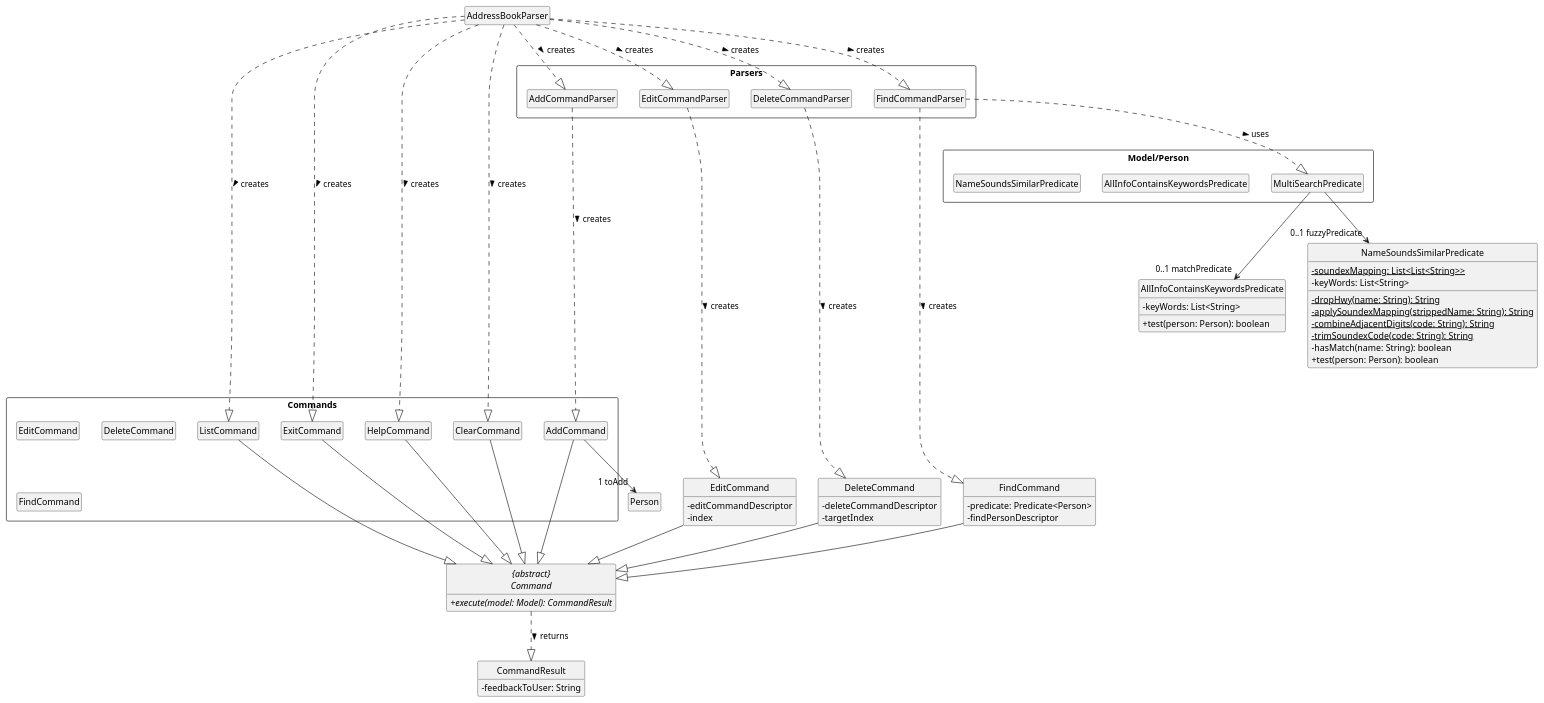
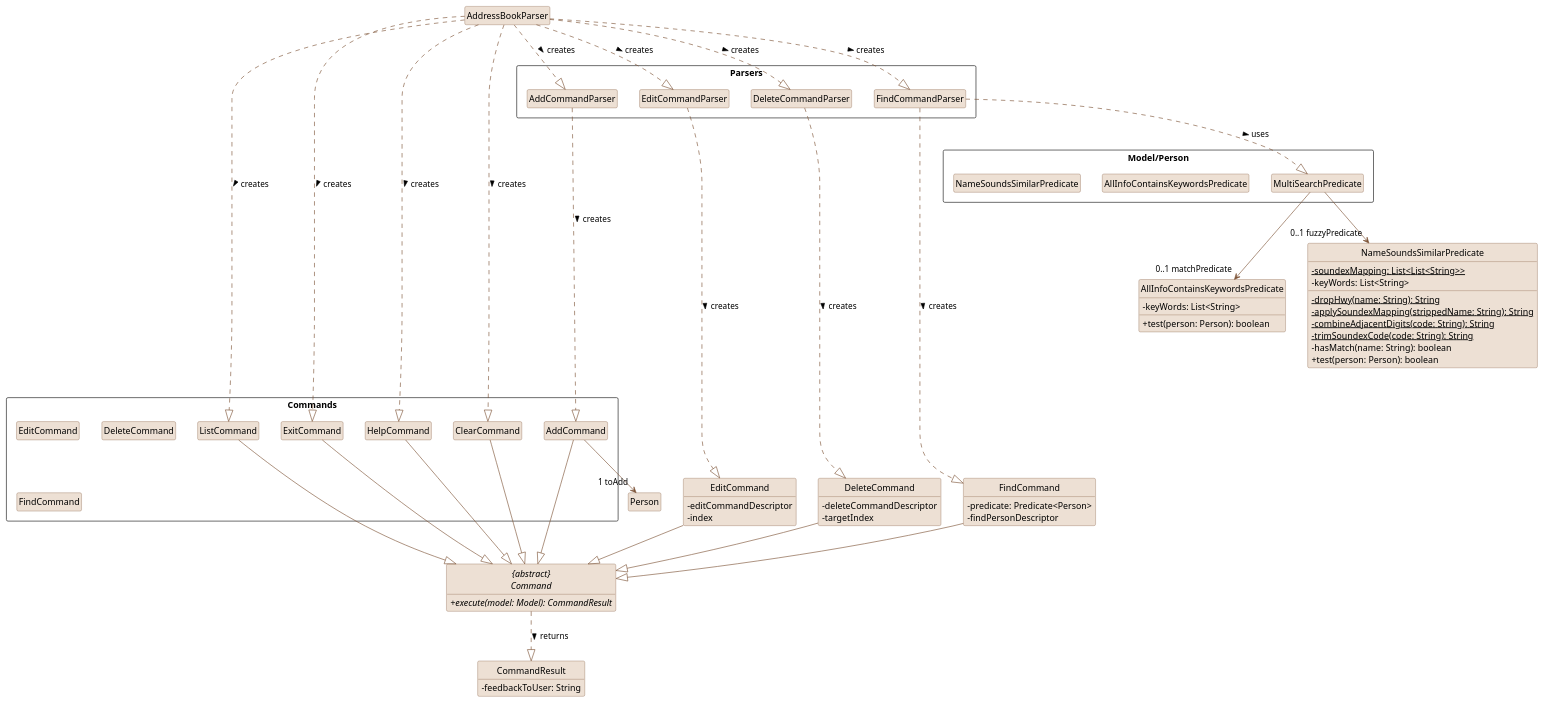
Before and after one commit to nus-cs2103-AY2223S1/tp: the diagram in docs/diagrams/CommandClasses.puml, drawn with PlantUML. The commit also changed 2 other files, not shown here.

Commit message:
Change class diagram style and fix typo

```diff
--- a/docs/diagrams/CommandClasses.puml
+++ b/docs/diagrams/CommandClasses.puml
@@ -1,107 +1,114 @@
 @startuml
 '!include style.puml
 'skinparam arrowThickness 1.1
 'skinparam arrowColor UI_COLOR_T4
 'skinparam classBackgroundColor UI_COLOR
 skinparam classAttributeIconSize 0
 hide circle
 hide empty method
 hide empty attribute
+
+skinparam activityBorderThickness 1.5
+skinparam class {
+    BorderColor #7F5539
+    BackgroundColor #EDE0D4
+    arrowColor #7F5539
+}
 
 abstract "{abstract}\nCommand" as Command {
     {abstract} +execute(model: Model): CommandResult
 }
 
 package Commands <<Rectangle>>{
     Class EditCommand
     Class AddCommand
     Class DeleteCommand
     Class FindCommand
     Class ListCommand
     Class ExitCommand
     Class HelpCommand
     Class ClearCommand
 }
 
 package Parsers <<Rectangle>> {
     Class AddCommandParser
     Class EditCommandParser
     Class DeleteCommandParser
     Class FindCommandParser
 }
 
 package Model/Person <<Rectangle>> {
     Class MultiSearchPredicate
     Class AllInfoContainsKeywordsPredicate
     Class NameSoundsSimilarPredicate
 }
 class EditCommand {
     -editCommandDescriptor
     -index
 }
 
 class DeleteCommand {
     -deleteCommandDescriptor
     -targetIndex
 }
 
 class FindCommand {
     -predicate: Predicate<Person>
     -findPersonDescriptor
 }
 
 class AllInfoContainsKeywordsPredicate {
     -keyWords: List<String>
     +test(person: Person): boolean
 }
 
 class NameSoundsSimilarPredicate {
     {static} -soundexMapping: List<List<String>>
     -keyWords: List<String>
     {static} -dropHwy(name: String): String
     {static} -applySoundexMapping(strippedName: String): String
     {static} -combineAdjacentDigits(code: String): String
     {static} -trimSoundexCode(code: String): String
     -hasMatch(name: String): boolean
     +test(person: Person): boolean
 }
 
 class CommandResult {
     -feedbackToUser: String
 }
 
 AddCommand --> "1 toAdd" Person
 
 
 AddressBookParser ..|> EditCommandParser: creates >
 AddressBookParser ..|> AddCommandParser: creates >
 AddressBookParser ..|> DeleteCommandParser: creates >
 AddressBookParser ..|> FindCommandParser: creates >
 
 AddressBookParser ..|> ListCommand: creates >
 AddressBookParser ..|> ClearCommand: creates >
 AddressBookParser ..|> HelpCommand: creates >
 AddressBookParser ..|> ExitCommand: creates >
 
 
 FindCommandParser .....|> FindCommand : creates >
 EditCommandParser ....|> EditCommand: creates >
 DeleteCommandParser ....|> DeleteCommand: creates >
 AddCommandParser ....|> AddCommand: creates >
 
 FindCommandParser ..|> MultiSearchPredicate : uses >
 MultiSearchPredicate --> "0..1 matchPredicate" AllInfoContainsKeywordsPredicate
 MultiSearchPredicate --> "0..1 fuzzyPredicate" NameSoundsSimilarPredicate
 
 AddCommand --|> Command
 EditCommand --|> Command
 DeleteCommand --|> Command
 FindCommand --|> Command
 ListCommand --|> Command
 ClearCommand --|> Command
 HelpCommand --|> Command
 ExitCommand --|> Command
 
 Command ..|> CommandResult: returns >
 
 @enduml
```
